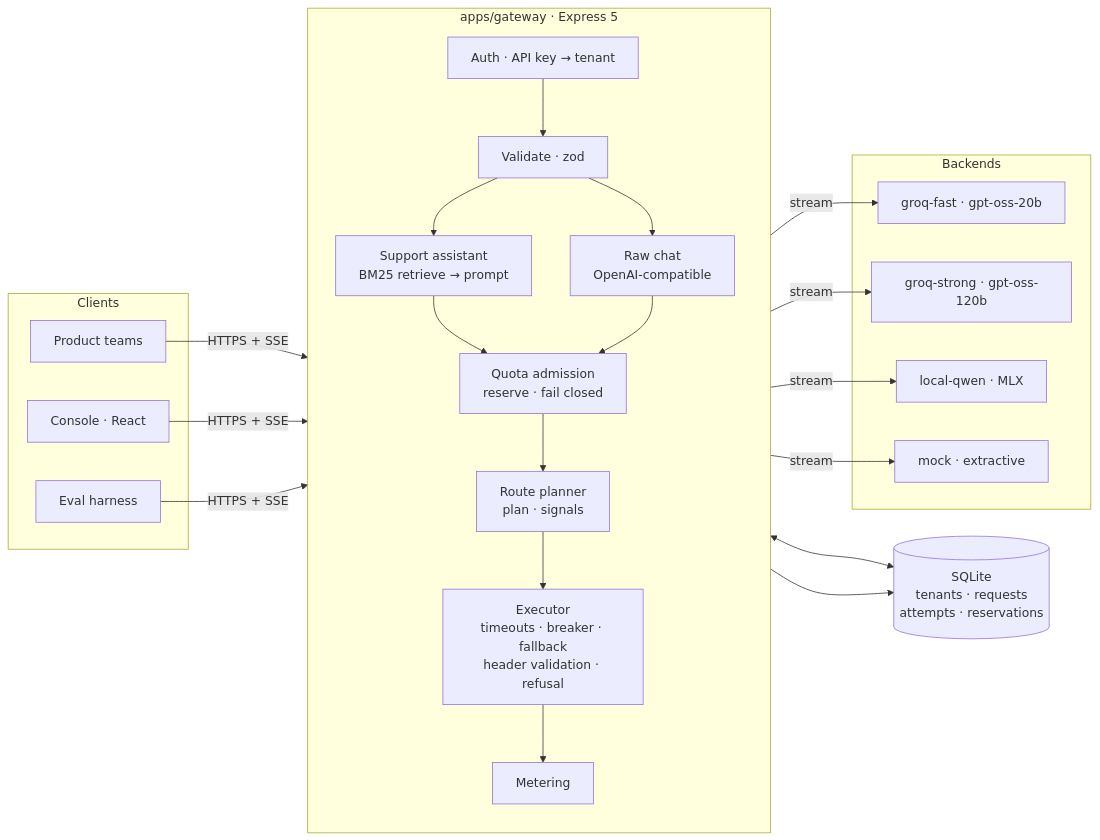
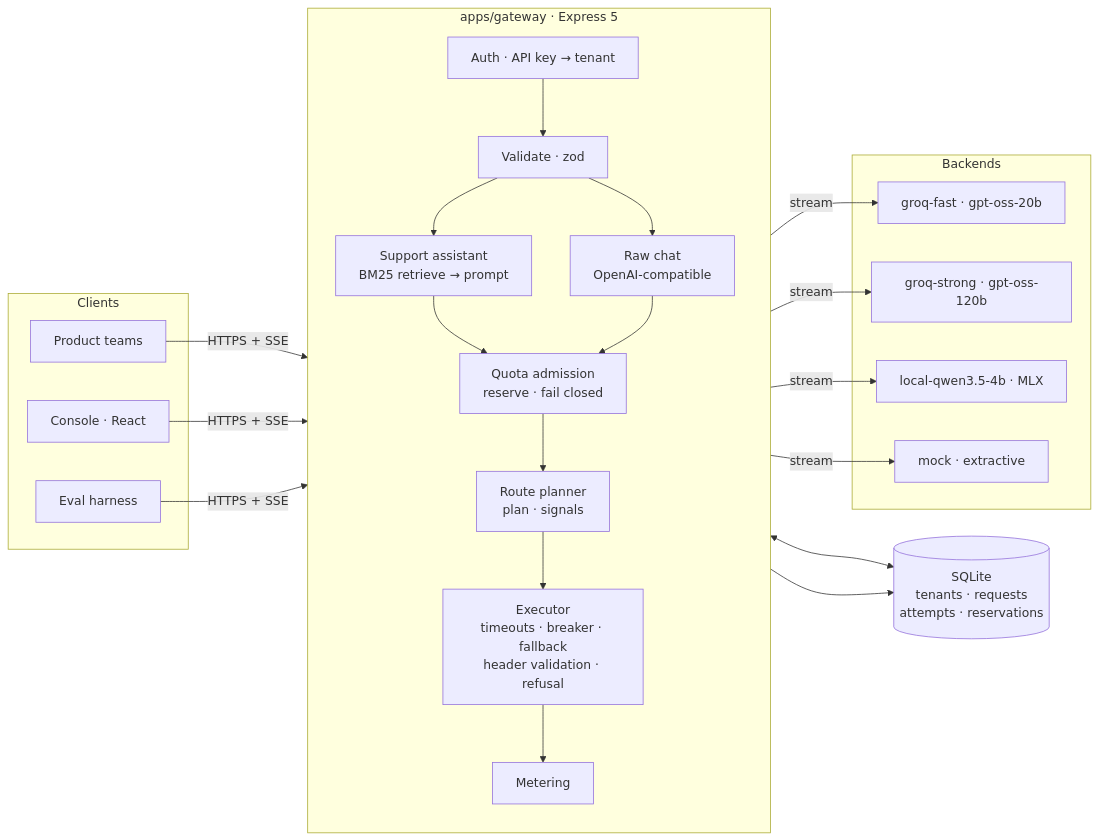
One commit to fauziridwan1709/nalar-router changed the first of 2 diagrams in README.md. Above: the diagram before and after it, drawn with Mermaid. The commit also changed other lines of this file and 4 other files, not shown here.

Commit message:
docs: local-qwen3.5-4b in the backend table, diagrams and API example

````diff
--- a/README.md
+++ b/README.md
@@ -141,30 +141,30 @@
 ```mermaid
 flowchart LR
     subgraph Clients
         C1["Product teams"]
         C2["Console · React"]
         C3["Eval harness"]
     end
     subgraph GW["apps/gateway · Express 5"]
         direction TB
         A["Auth · API key → tenant"] --> V["Validate · zod"]
         V --> S["Support assistant<br/>BM25 retrieve → prompt"]
         V --> CH["Raw chat<br/>OpenAI-compatible"]
         S --> Q["Quota admission<br/>reserve · fail closed"]
         CH --> Q
         Q --> P["Route planner<br/>plan · signals"]
         P --> X["Executor<br/>timeouts · breaker · fallback<br/>header validation · refusal"]
         X --> M["Metering"]
     end
     subgraph Backends
         B1["groq-fast · gpt-oss-20b"]
         B2["groq-strong · gpt-oss-120b"]
-        B3["local-qwen · MLX"]
+        B3["local-qwen3.5-4b · MLX"]
         B4["mock · extractive"]
     end
     DB[("SQLite<br/>tenants · requests<br/>attempts · reservations")]
     C1 & C2 & C3 -->|"HTTPS + SSE"| A
     X -->|stream| B1 & B2 & B3 & B4
     Q <--> DB
     M --> DB
 ```
````
